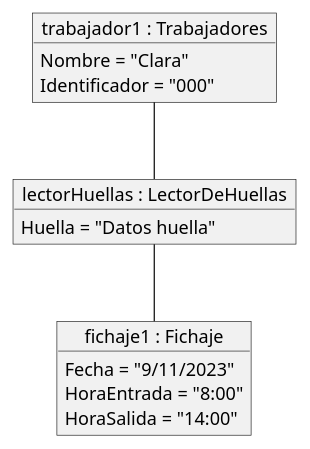
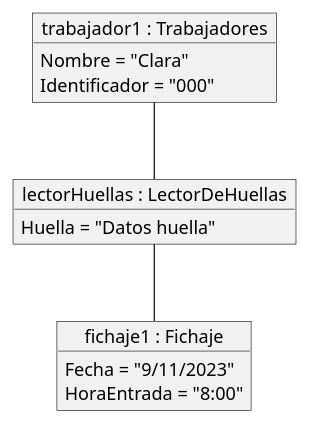
The diagram in modelosUML/diagramasObjetos/diagramaObjetos001.puml (mmasias/23-24-IdSw1-SDR), drawn with PlantUML before and after one commit.

Commit message:
Update diagramaObjetos001.puml
Supresion de la hora de salida ya que al representa una instancia específica solo necesitariamos una hora

```diff
--- a/modelosUML/diagramasObjetos/diagramaObjetos001.puml
+++ b/modelosUML/diagramasObjetos/diagramaObjetos001.puml
@@ -1,21 +1,20 @@
 @startuml
 
 object "trabajador1 : Trabajadores" as trabajador1 {
     Nombre = "Clara"
     Identificador = "000"
 }
 
 object "lectorHuellas : LectorDeHuellas" as lectorHuellas {
     Huella = "Datos huella"
 }
 
 object "fichaje1 : Fichaje" as fichaje1 {
     Fecha = "9/11/2023"
     HoraEntrada = "8:00"
-    HoraSalida = "14:00"
 }
 
 trabajador1 -- lectorHuellas
 lectorHuellas -- fichaje1
 
 @enduml
```
